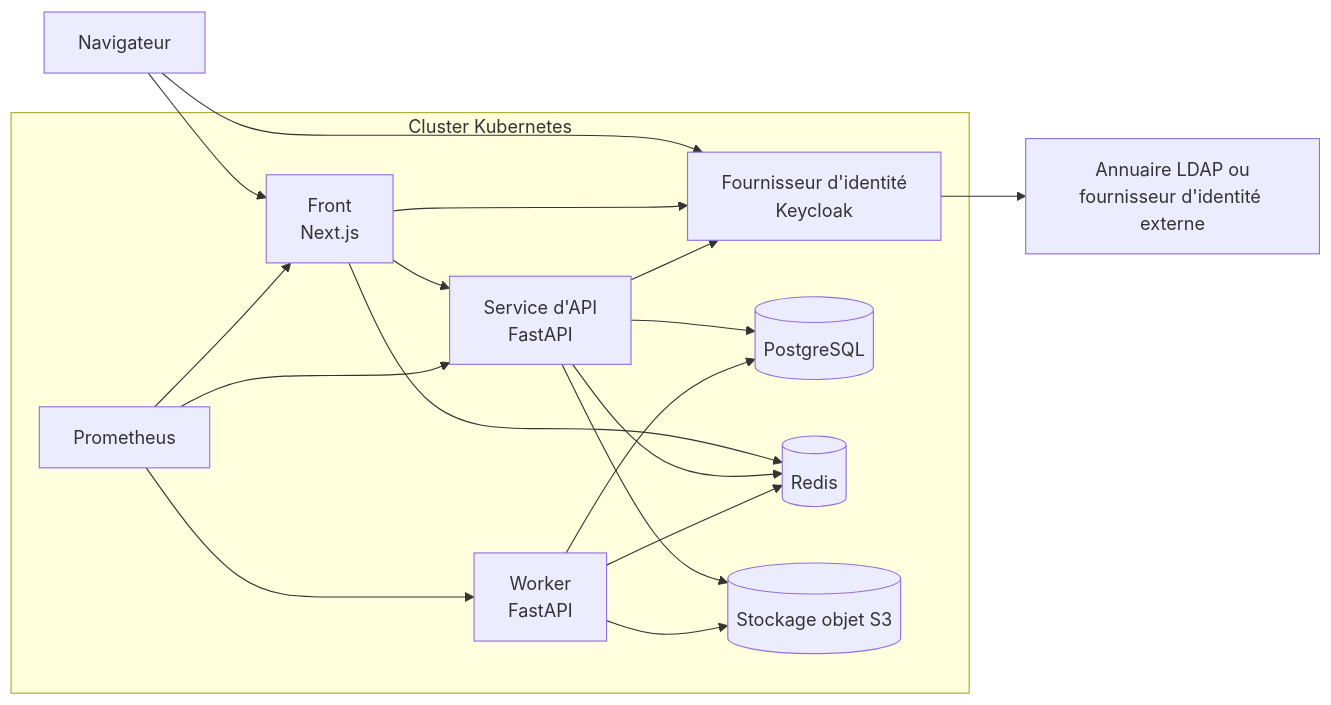
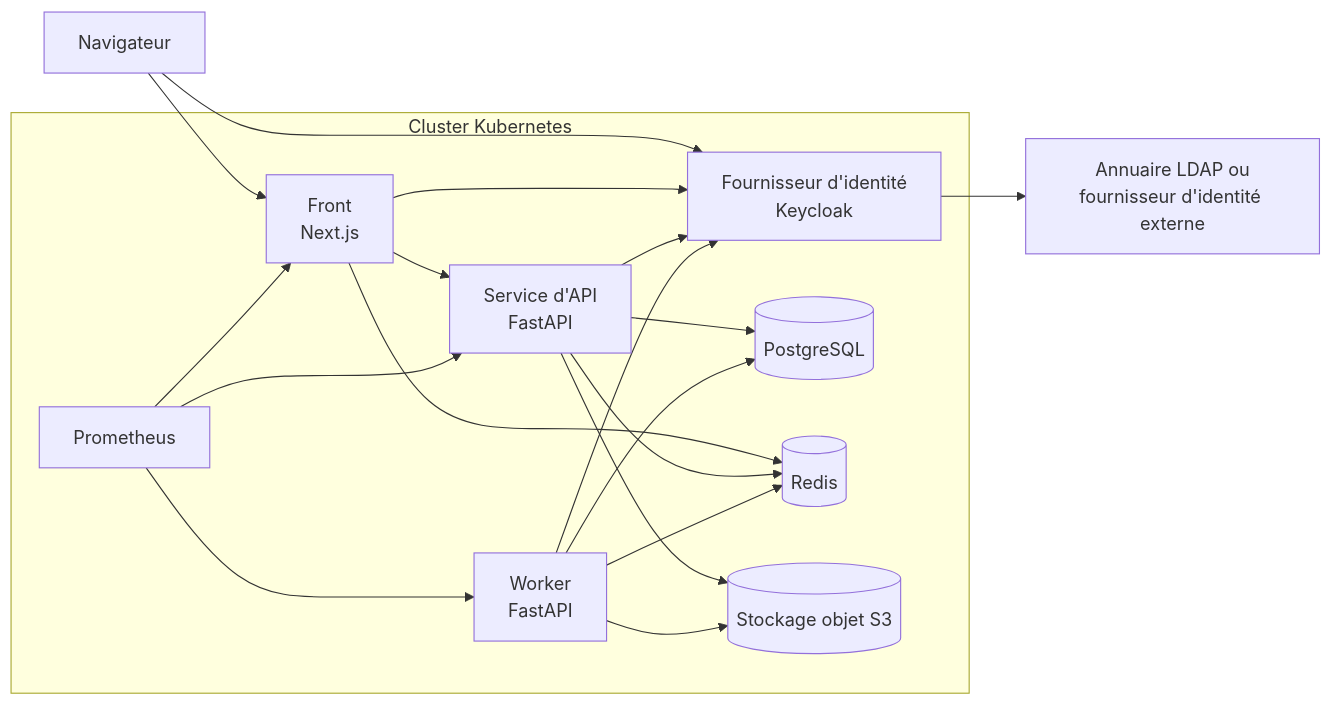
Before and after one commit to waterfall-project/wf-project: the diagram in docs/spec/figures/deploiement.mmd, drawn with Mermaid. The commit also changed 12 other files, not shown here.

```diff
--- a/docs/spec/figures/deploiement.mmd
+++ b/docs/spec/figures/deploiement.mmd
@@ -1,29 +1,30 @@
 flowchart LR
     Navigateur["Navigateur"]
     subgraph Cluster["Cluster Kubernetes"]
         Front["Front<br>Next.js"]
         API["Service d'API<br>FastAPI"]
         Worker["Worker<br>FastAPI"]
         IdP["Fournisseur d'identité<br>Keycloak"]
         PG[("PostgreSQL")]
         Redis[("Redis")]
         S3[("Stockage objet S3")]
         Prometheus["Prometheus"]
     end
     Annuaire["Annuaire LDAP ou<br>fournisseur d'identité externe"]
     Navigateur --> Front
     Navigateur --> IdP
     Front --> API
     Front --> IdP
     Front --> Redis
     API --> IdP
     API --> PG
     API --> Redis
     API --> S3
     Worker --> PG
     Worker --> Redis
+    Worker --> IdP
     Worker --> S3
     IdP --> Annuaire
     Prometheus --> API
     Prometheus --> Worker
     Prometheus --> Front
```
